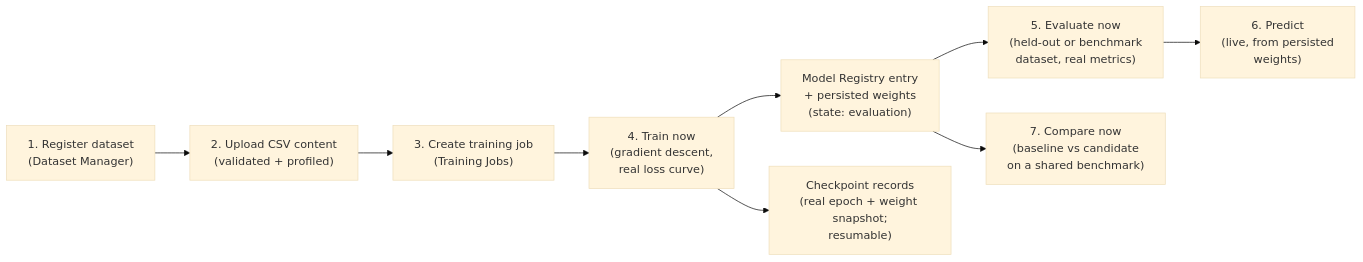
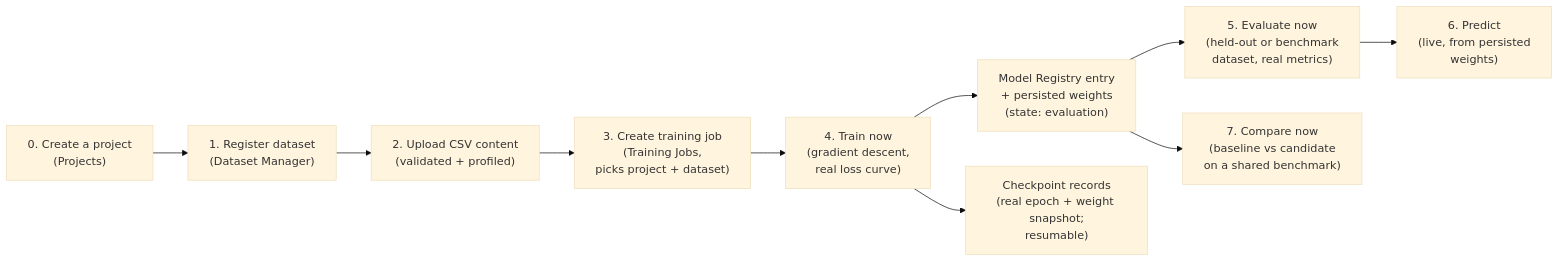
Before and after one commit to LordAries1972/MasterAI: diagram 13 of 14 in docs/HowToUse-MachineLearning.md, drawn with Mermaid (base theme). The commit also changed other lines of this file and 28 other files, not shown here.

````diff
--- a/docs/HowToUse-MachineLearning.md
+++ b/docs/HowToUse-MachineLearning.md
@@ -1133,11 +1129,12 @@
 ```mermaid
 flowchart LR
-    A["1. Register dataset<br/>(Dataset Manager)"] --> B["2. Upload CSV content<br/>(validated + profiled)"]
-    B --> C["3. Create training job<br/>(Training Jobs)"]
+    P["0. Create a project<br/>(Projects)"] --> A["1. Register dataset<br/>(Dataset Manager)"]
+    A --> B["2. Upload CSV content<br/>(validated + profiled)"]
+    B --> C["3. Create training job<br/>(Training Jobs,<br/>picks project + dataset)"]
     C --> D["4. Train now<br/>(gradient descent,<br/>real loss curve)"]
     D --> E["Model Registry entry<br/>+ persisted weights<br/>(state: evaluation)"]
     D --> F["Checkpoint records<br/>(real epoch + weight snapshot;<br/>resumable)"]
     E --> G["5. Evaluate now<br/>(held-out or benchmark<br/>dataset, real metrics)"]
     G --> H["6. Predict<br/>(live, from persisted<br/>weights)"]
     E --> I["7. Compare now<br/>(baseline vs candidate<br/>on a shared benchmark)"]
 ```
````
